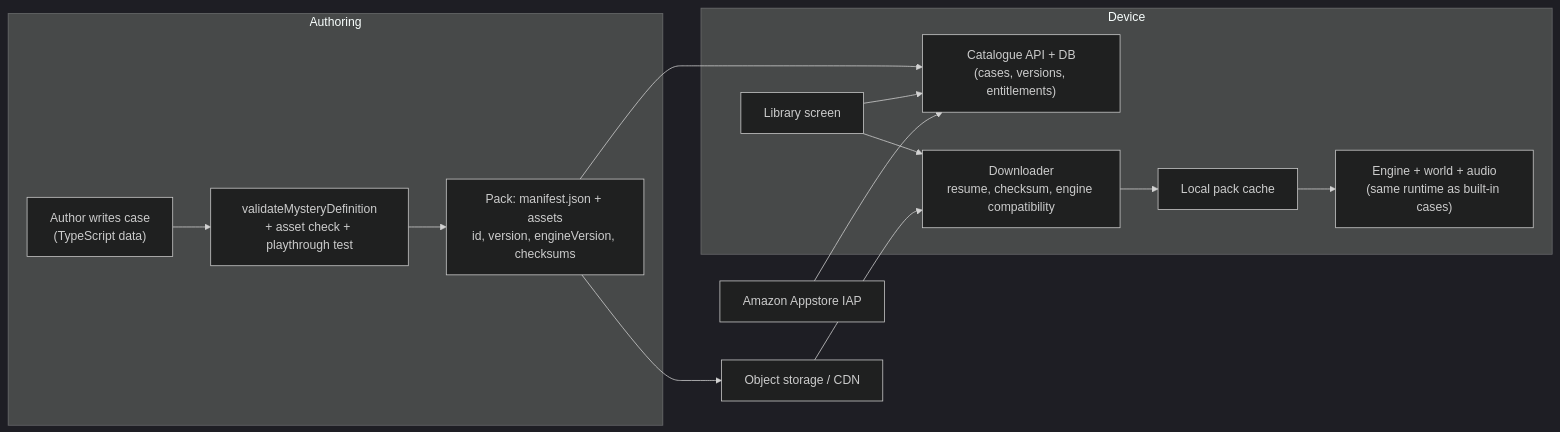
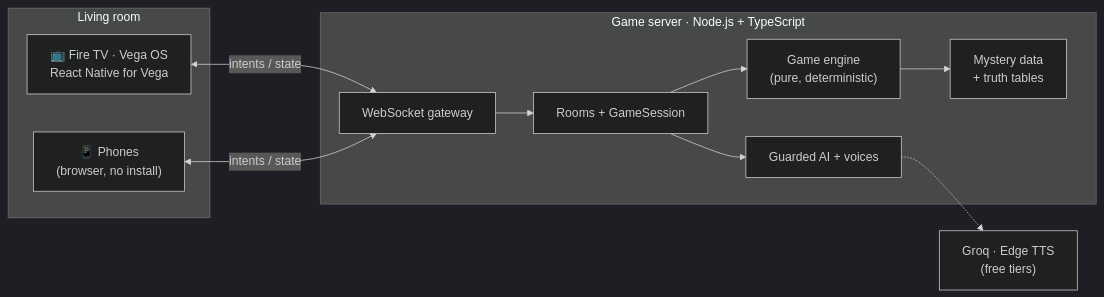
One commit to perhaps-aksh/RoomRiddle changed the second of 2 diagrams in README.md. Above: the diagram before and after it, drawn with Mermaid (dark theme). The commit also changed other lines of this file and 12 other files, not shown here.

````diff
--- a/README.md
+++ b/README.md
@@ -509,17 +158,19 @@
 ```mermaid
 flowchart LR
-  subgraph Authoring
-    AU["Author writes case<br/>(TypeScript data)"] --> VAL["validateMysteryDefinition<br/>+ asset check + playthrough test"]
-    VAL --> PK["Pack: manifest.json + assets<br/>id, version, engineVersion, checksums"]
+  subgraph Home["Living room"]
+    TV["📺 Fire TV · Vega OS<br/>React Native for Vega"]
+    P["📱 Phones<br/>(browser, no install)"]
   end
-  PK --> CDN["Object storage / CDN"]
-  PK --> CAT["Catalogue API + DB<br/>(cases, versions, entitlements)"]
-  subgraph Device
-    LIB["Library screen"] --> CAT
-    LIB --> DL["Downloader<br/>resume, checksum, engine compatibility"]
-    DL --> CACHE["Local pack cache"]
-    CACHE --> RUN["Engine + world + audio<br/>(same runtime as built-in cases)"]
+  subgraph Server["Game server · Node.js + TypeScript"]
+    WS["WebSocket gateway"]
+    GS["Rooms + GameSession"]
+    ENG["Game engine<br/>(pure, deterministic)"]
+    MD["Mystery data<br/>+ truth tables"]
+    AI["Guarded AI + voices"]
   end
-  CDN --> DL
-  STORE["Amazon Appstore IAP"] --> CAT
+  TV <-->|"intents / state"| WS
+  P <-->|"intents / state"| WS
+  WS --> GS --> ENG --> MD
+  GS --> AI
+  AI -.-> LLM["Groq · Edge TTS<br/>(free tiers)"]
 ```
````
